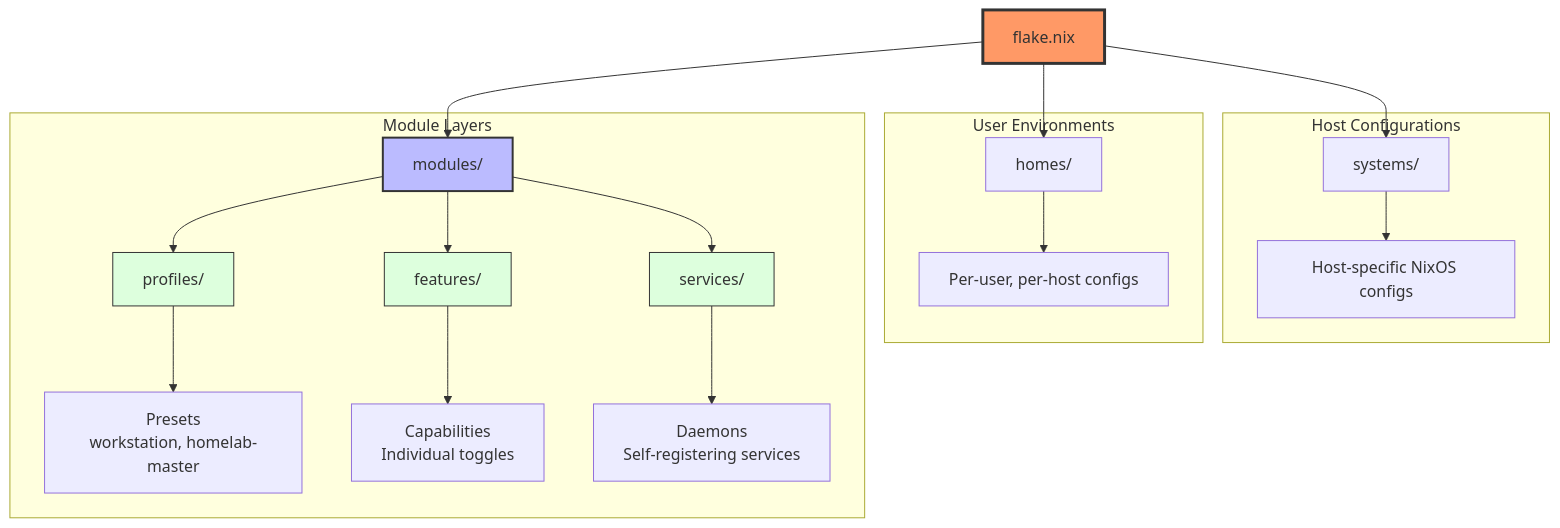
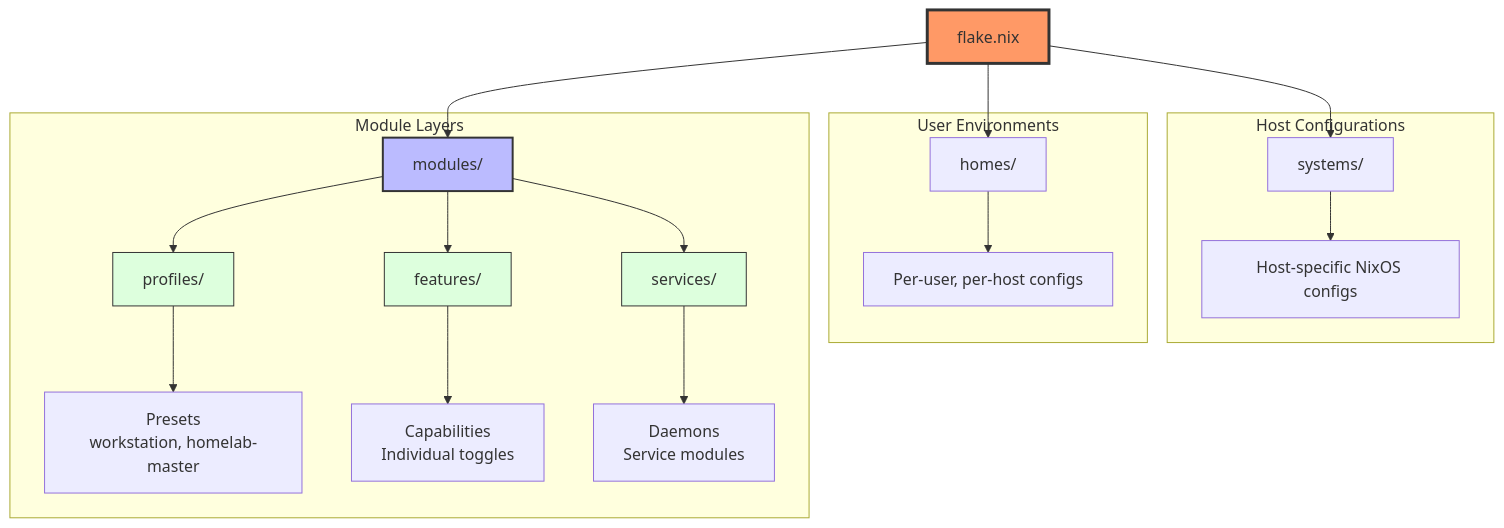
The first of 2 diagrams in README.md (bigor44/nixos), drawn with Mermaid before and after one commit. The commit also changed other lines of this file and 10 other files, not shown here.

````diff
--- a/README.md
+++ b/README.md
@@ -9,31 +9,31 @@
 ```mermaid
 graph TD
     F[flake.nix] --> S[systems/]
     F --> M[modules/]
     F --> H[homes/]
 
     subgraph "Host Configurations"
         S --> S1[Host-specific NixOS configs]
     end
 
     subgraph "User Environments"
         H --> H1[Per-user, per-host configs]
     end
 
     subgraph "Module Layers"
         M --> P[profiles/]
         M --> FT[features/]
         M --> SV[services/]
 
         P --> P1[Presets<br/>workstation, homelab-master]
         FT --> FT1[Capabilities<br/>Individual toggles]
-        SV --> SV1[Daemons<br/>Self-registering services]
+        SV --> SV1[Daemons<br/>Service modules]
     end
 
     %% Styling
     style F fill:#f96,stroke:#333,stroke-width:3px
     style M fill:#bbf,stroke:#333,stroke-width:2px
     style P fill:#dfd,stroke:#333
     style FT fill:#dfd,stroke:#333
     style SV fill:#dfd,stroke:#333
 ```
````
